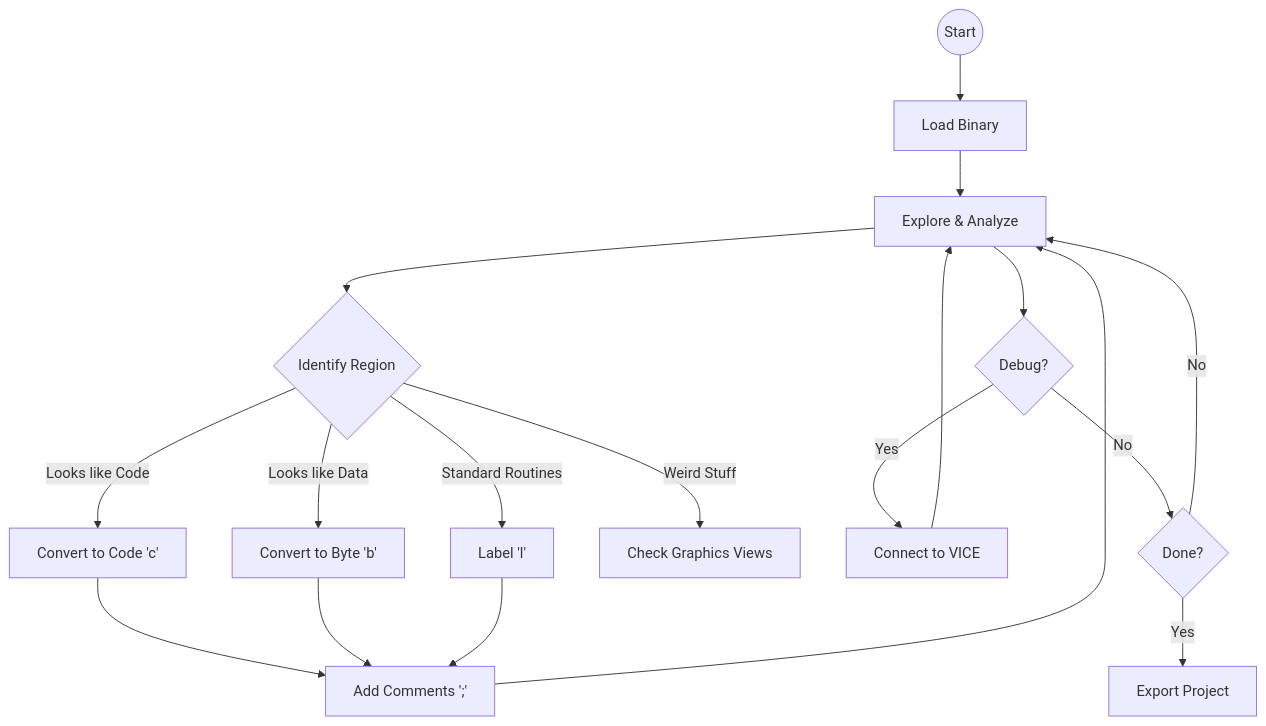
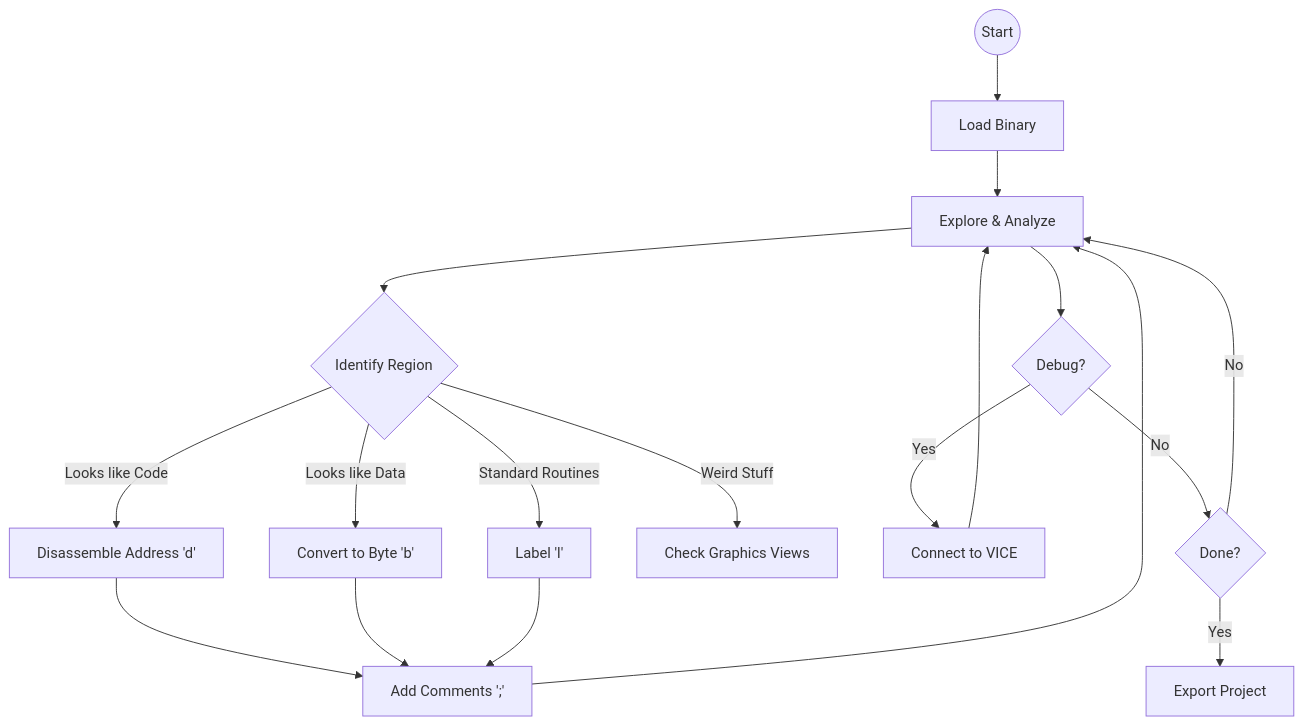
Before and after one commit to ricardoquesada/regenerator2000: the diagram in docs/tutorial.md, drawn with Mermaid. The commit also changed other lines of this file, not shown here.

Commit message:
docs: update tutorial to reflect keybinding change from 'c' to 'd' for code disassembly

````diff
--- a/docs/tutorial.md
+++ b/docs/tutorial.md
@@ -17,20 +17,20 @@
 ```mermaid
 flowchart TD
     Start((Start)) --> Load[Load Binary]
     Load --> Explore[Explore & Analyze]
     Explore --> Define{Identify Region}
-    Define -- "Looks like Code" --> Code[Convert to Code 'c']
+    Define -- "Looks like Code" --> Code[Disassemble Address 'd']
     Define -- "Looks like Data" --> Data[Convert to Byte 'b']
     Define -- "Standard Routines" --> Label[Label 'l']
     Define -- "Weird Stuff" --> Graphics[Check Graphics Views]
     Code --> Comment[Add Comments ';']
     Data --> Comment
     Label --> Comment
     Comment --> Explore
     Explore --> Debug{Debug?}
     Debug -- Yes --> VICE[Connect to VICE]
     VICE --> Explore
     Debug -- No --> Finish{Done?}
     Finish -- No --> Explore
     Finish -- Yes --> Export[Export Project]
 ```
````
